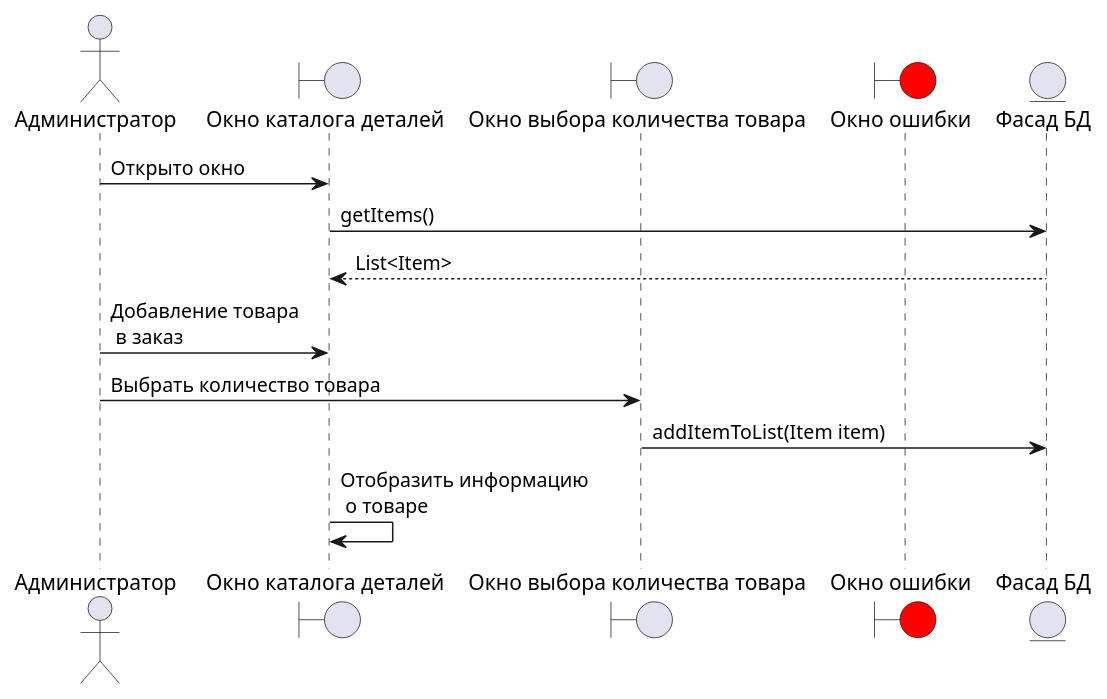
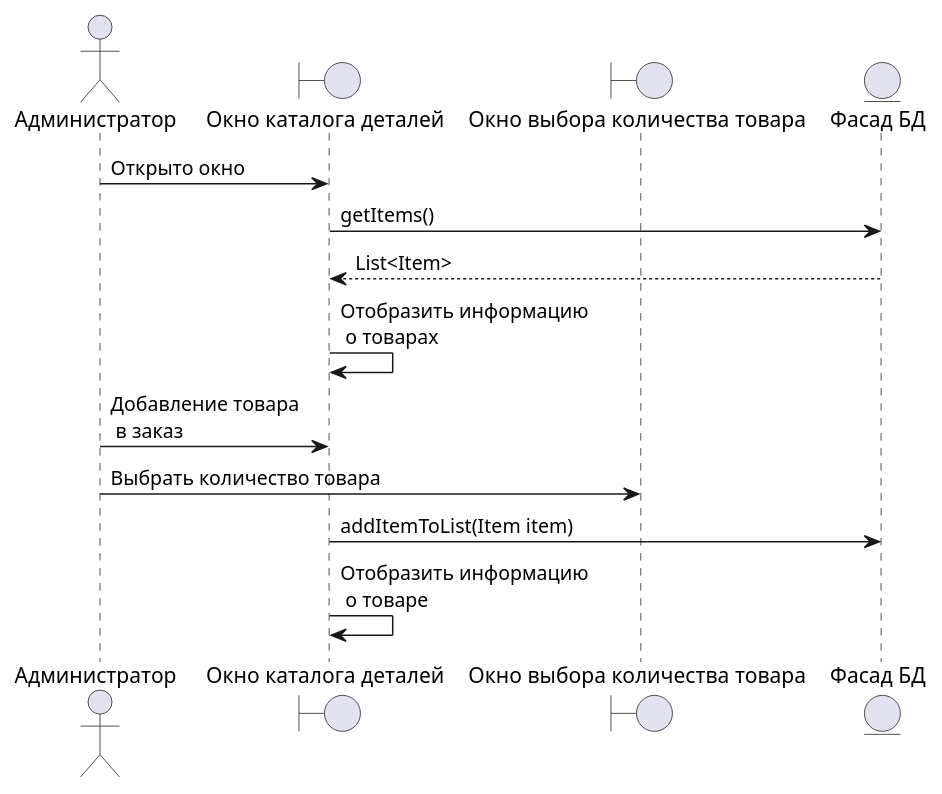
Before and after one commit to BombasticFantastik/PIS_Course_work: the diagram in uml-диаграммы/Диаграмма последовательности/Диаграмма_последовательности_Добавить_товар_в_заказ.puml, drawn with PlantUML. The commit also changed 15 other files, not shown here.

```diff
--- a/uml-диаграммы/Диаграмма последовательности/Диаграмма_последовательности_Добавить_товар_в_заказ.puml
+++ b/uml-диаграммы/Диаграмма последовательности/Диаграмма_последовательности_Добавить_товар_в_заказ.puml
@@ -2,22 +1,23 @@
 @startuml Диаграмма последовательности добавления новых товаров
 
 actor Admin as "Администратор"
 
 boundary item_list as "Окно каталога деталей"
 boundary count_window as "Окно выбора количества товара"
-boundary error as "Окно ошибки" #red
 
 entity facade as "Фасад БД"
 
 Admin -> item_list : Открыто окно
 
 item_list -> facade : getItems()
 facade --> item_list : List<Item>
 
+item_list -> item_list: Отобразить информацию \n о товарах
+
 Admin -> item_list : Добавление товара \n в заказ
 
 Admin ->count_window:Выбрать количество товара
-count_window->facade : addItemToList(Item item)
+item_list->facade : addItemToList(Item item)
 item_list -> item_list : Отобразить информацию \n о товаре
 
 @enduml
```
